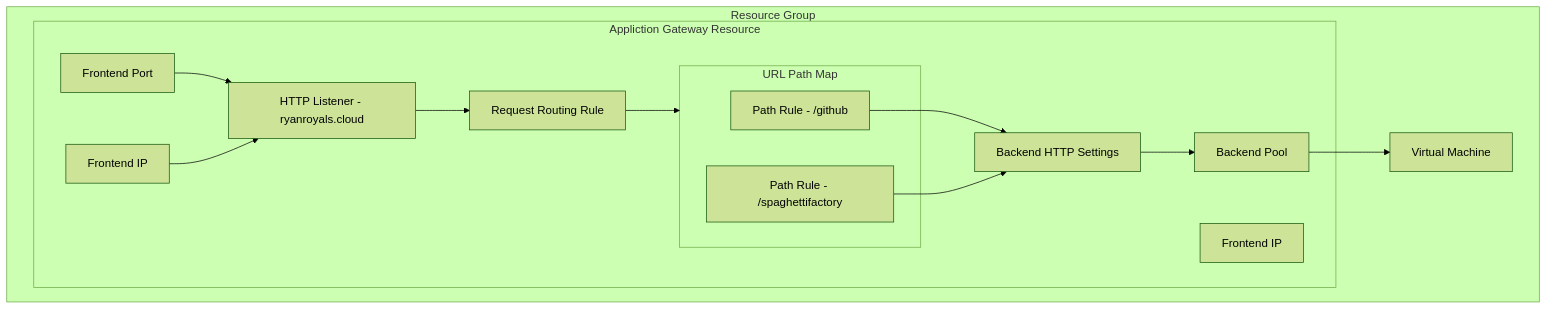
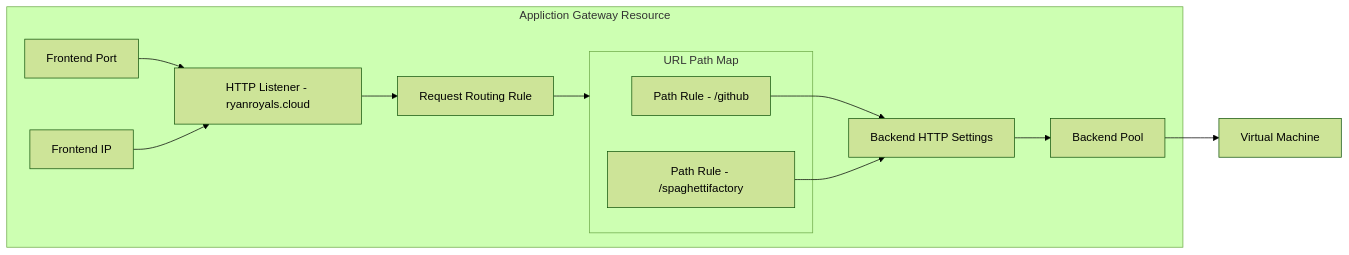
The diagram in src/site/notes/30 Slipbox/Azure Application Gateway.md (ryan-royals/ryan-royals), drawn with Mermaid (forest theme) before and after one commit. The commit also changed other lines of this file and 252 other files, not shown here.

````diff
--- a/src/site/notes/30 Slipbox/Azure Application Gateway.md
+++ b/src/site/notes/30 Slipbox/Azure Application Gateway.md
@@ -27,26 +40,22 @@
 ```mermaid
-flowchart
-subgraph rg["Resource Group"]
-    vm1["Virtual Machine"]
+flowchart LR
+vm1["Virtual Machine"]
 
+subgraph app_gw["Appliction Gateway Resource"]
+	fp["Frontend Port"]
+	fe["Frontend IP"]
+	bpool["Backend Pool"]
+	bs["Backend HTTP Settings"]
+	list["HTTP Listener - ryanroyals.cloud"]
+	r["Request Routing Rule"]
 
-    subgraph app_gw["Appliction Gateway Resource"]
-        fp["Frontend Port"]
-        fe["Frontend IP"]
-        pub_ip["Frontend IP"]
-        bpool["Backend Pool"]
-        bs["Backend HTTP Settings"]
-        list["HTTP Listener - ryanroyals.cloud"]
-        r["Request Routing Rule"]
-
-        subgraph upm["URL Path Map"]
-            pr1["Path Rule - /github"]
-            pr2["Path Rule - /spaghettifactory"]
-        end
-    end
+	subgraph upm["URL Path Map"]
+		pr1["Path Rule - /github"]
+		pr2["Path Rule - /spaghettifactory"]
+	end
 end
 fp -->list
 fe -->list --> r --> upm
 pr1 & pr2 --> bs --> bpool
 bpool --> vm1
 ```
````
